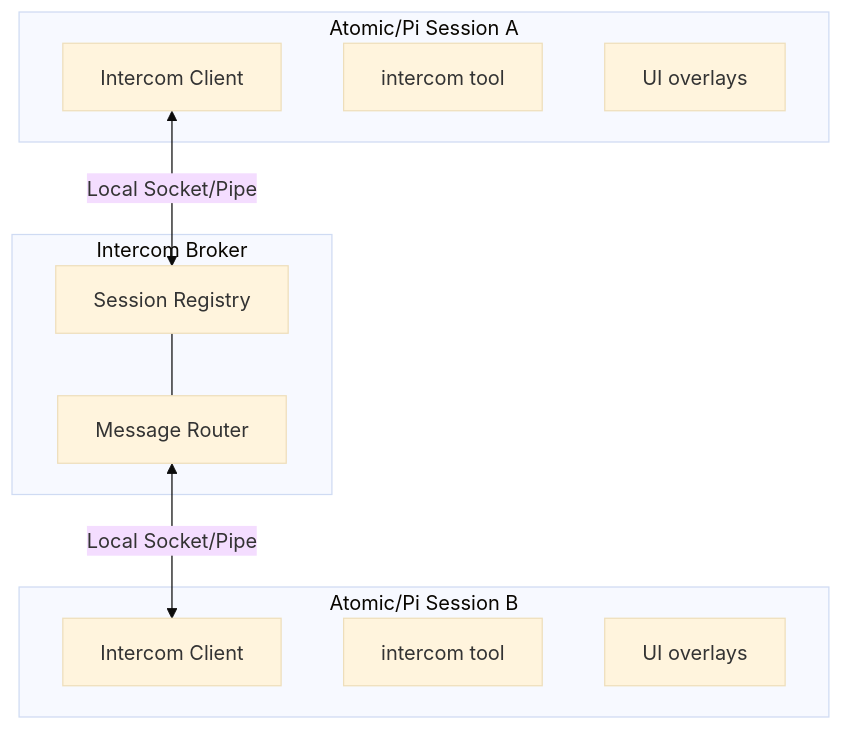
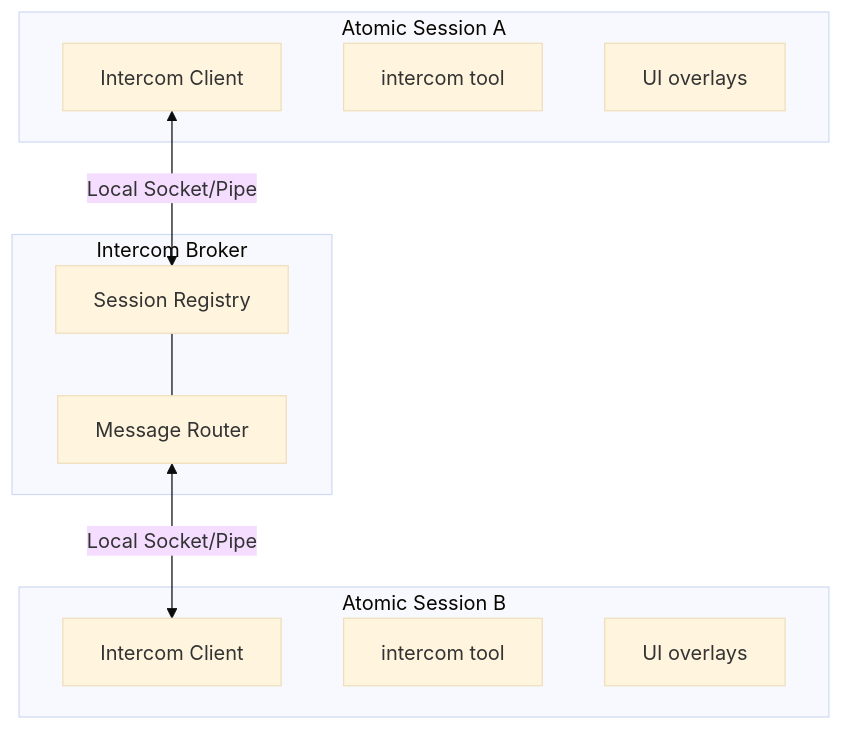
The diagram in packages/intercom/README.md (bastani-inc/atomic), drawn with Mermaid (base theme) before and after one commit. The commit also changed other lines of this file and 6 other files, not shown here.

````diff
--- a/packages/intercom/README.md
+++ b/packages/intercom/README.md
@@ -442,23 +356,23 @@
 ```mermaid
 graph TB
-    subgraph A["Atomic/Pi Session A"]
+    subgraph A["Atomic Session A"]
         A1[Intercom Client]
         A2[intercom tool]
         A3[UI overlays]
     end
 
     subgraph Broker["Intercom Broker"]
         B1[Session Registry]
         B2[Message Router]
     end
 
-    subgraph B["Atomic/Pi Session B"]
+    subgraph B["Atomic Session B"]
         B3[Intercom Client]
         B4[intercom tool]
         B5[UI overlays]
     end
 
     A1 <-->|Local Socket/Pipe| B1
     B1 --- B2
     B2 <-->|Local Socket/Pipe| B3
 ```
````
